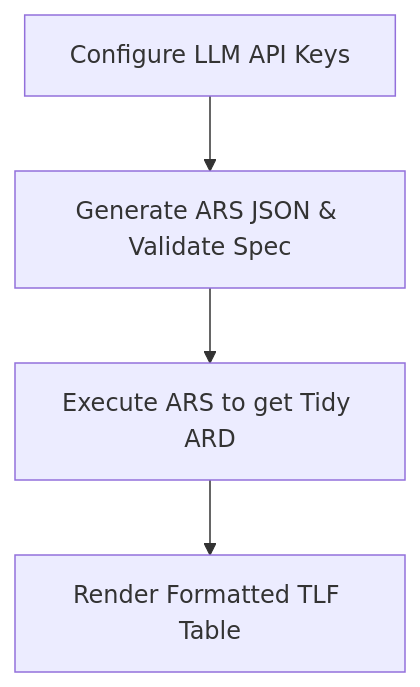
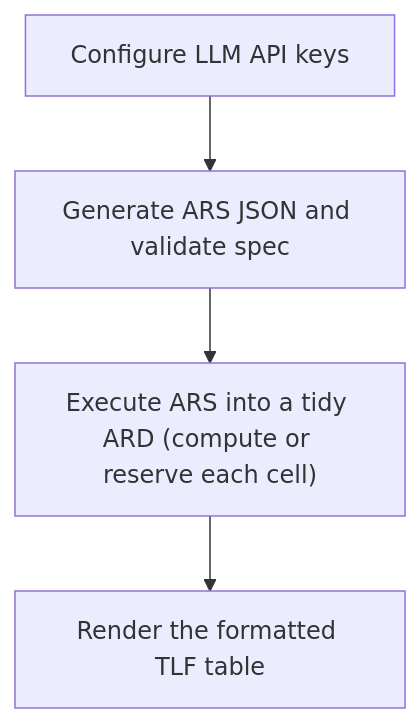
The diagram in README.Rmd (tavakohr/arsbridge), drawn with Mermaid before and after one commit. The commit also changed other lines of this file and 1 other file, not shown here.

First line of the commit message:
docs: fix README mermaid diagram and bring it up to date

````diff
--- a/README.Rmd
+++ b/README.Rmd
@@ -105,6 +128,6 @@
 ```mermaid
 graph TD
-    A[Configure LLM API Keys] --> B[Generate ARS JSON & Validate Spec]
-    B --> C[Execute ARS to get Tidy ARD]
-    C --> D[Render Formatted TLF Table]
+    A["Configure LLM API keys"] --> B["Generate ARS JSON and validate spec"]
+    B --> C["Execute ARS into a tidy ARD (compute or reserve each cell)"]
+    C --> D["Render the formatted TLF table"]
 ```
````
